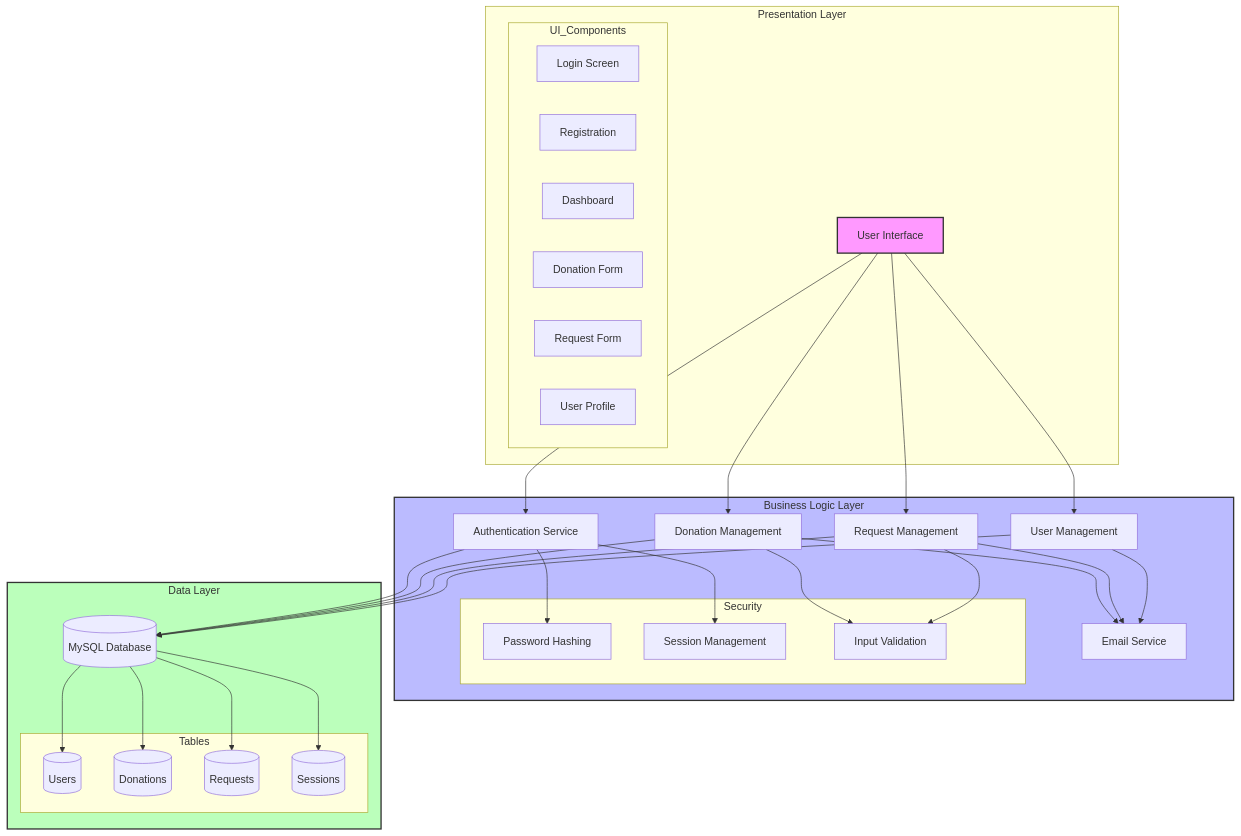
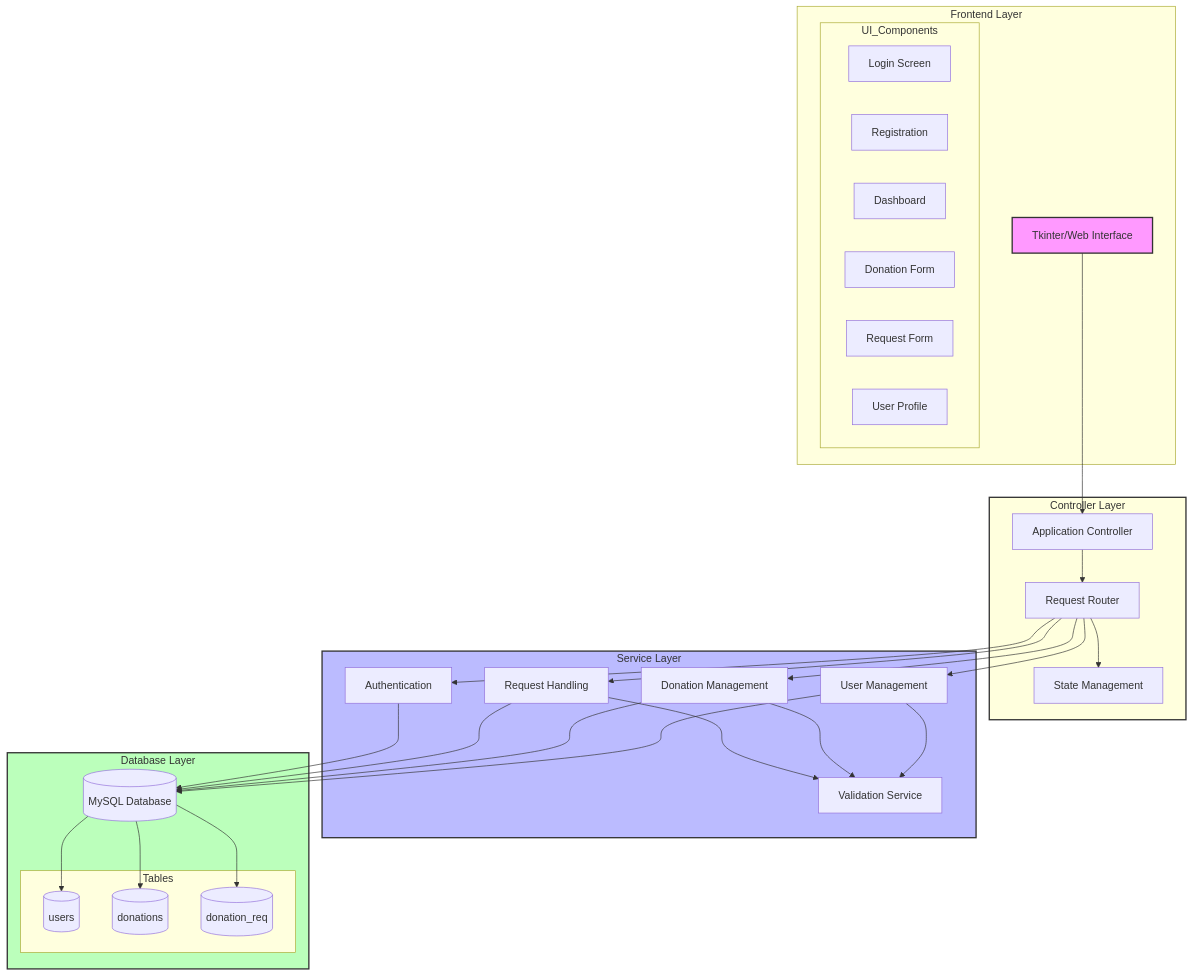
One commit to DhananjayAgarwal01/CrowdNest--Collective-Resourse-Gathering-System changed the diagram in architecture.md. Above: the diagram before and after it, drawn with Mermaid. The commit also changed other lines of this file, not shown here.

First line of the commit message:
docs(architecture): update architecture documentation to reflect new layer structure

````diff
--- a/architecture.md
+++ b/architecture.md
@@ -41,68 +36,65 @@
 ```mermaid
 flowchart TB
-    subgraph PL[Presentation Layer]
-        UI[User Interface]
+    subgraph FL[Frontend Layer]
+        UI[Tkinter/Web Interface]
         style UI fill:#f9f,stroke:#333,stroke-width:2px
         subgraph UI_Components
             Login[Login Screen]
             Register[Registration]
             Dashboard[Dashboard]
             DonationForm[Donation Form]
             RequestForm[Request Form]
             Profile[User Profile]
         end
     end
 
-    subgraph BL[Business Logic Layer]
-        style BL fill:#bbf,stroke:#333,stroke-width:2px
-        Auth[Authentication Service]
-        DonationMgmt[Donation Management]
-        RequestMgmt[Request Management]
-        UserMgmt[User Management]
-        EmailService[Email Service]
-        
-        subgraph Security
-            Hashing[Password Hashing]
-            Session[Session Management]
-            Validation[Input Validation]
-        end
+    subgraph CL[Controller Layer]
+        style CL fill:#ffd,stroke:#333,stroke-width:2px
+        AppController[Application Controller]
+        Router[Request Router]
+        StateManager[State Management]
     end
 
-    subgraph DL[Data Layer]
+    subgraph SL[Service Layer]
+        style SL fill:#bbf,stroke:#333,stroke-width:2px
+        UserService[User Management]
+        DonationService[Donation Management]
+        RequestService[Request Handling]
+        AuthService[Authentication]
+        ValidationService[Validation Service]
+    end
+
+    subgraph DL[Database Layer]
         style DL fill:#bfb,stroke:#333,stroke-width:2px
         DB[(MySQL Database)]
         subgraph Tables
-            Users[(Users)]
-            Donations[(Donations)]
-            Requests[(Requests)]
-            Sessions[(Sessions)]
+            Users[(users)]
+            Donations[(donations)]
+            DonationReq[(donation_req)]
         end
     end
 
     %% Connections
-    UI --> Auth
-    UI --> DonationMgmt
-    UI --> RequestMgmt
-    UI --> UserMgmt
+    UI --> AppController
+    AppController --> Router
+    Router --> StateManager
     
-    Auth --> Hashing
-    Auth --> Session
-    Auth --> DB
+    Router --> UserService
+    Router --> DonationService
+    Router --> RequestService
+    Router --> AuthService
     
-    DonationMgmt --> Validation
-    DonationMgmt --> DB
-    DonationMgmt --> EmailService
+    UserService --> ValidationService
+    DonationService --> ValidationService
+    RequestService --> ValidationService
     
-    RequestMgmt --> Validation
-    RequestMgmt --> DB
-    RequestMgmt --> EmailService
-    
-    UserMgmt --> DB
-    UserMgmt --> EmailService
+    UserService --> DB
+    DonationService --> DB
+    RequestService --> DB
+    AuthService --> DB
 
     %% Database Connections
     DB --> Users
     DB --> Donations
-    DB --> Requests
-    DB --> Sessions
+    DB --> DonationReq
 ```
````
